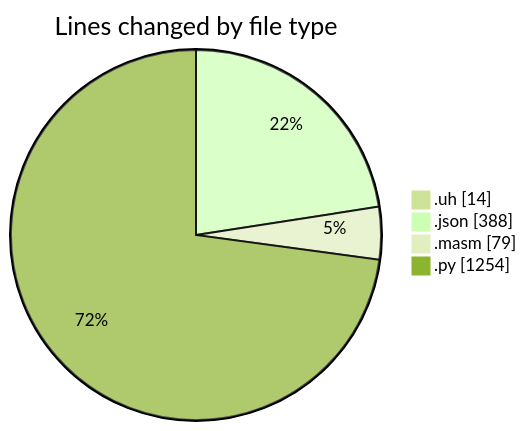
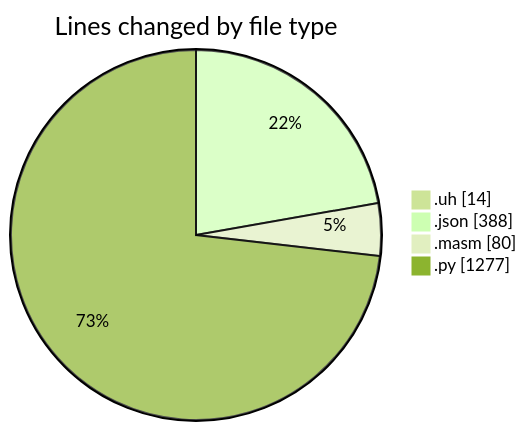
Before and after one commit to charlie-sans/code-tracking: the first of 2 diagrams in 2025-04-30/uhigh-lang/README.md, drawn with Mermaid (forest theme). The commit also changed other lines of this file and 1 other file, not shown here.

````diff
--- a/2025-04-30/uhigh-lang/README.md
+++ b/2025-04-30/uhigh-lang/README.md
@@ -25,8 +25,8 @@
 ```mermaid
 pie showData
 title Lines changed by file type
 ".uh" : 14
 ".json" : 388
-".masm" : 79
-".py" : 1254
+".masm" : 80
+".py" : 1277
 ```
````
